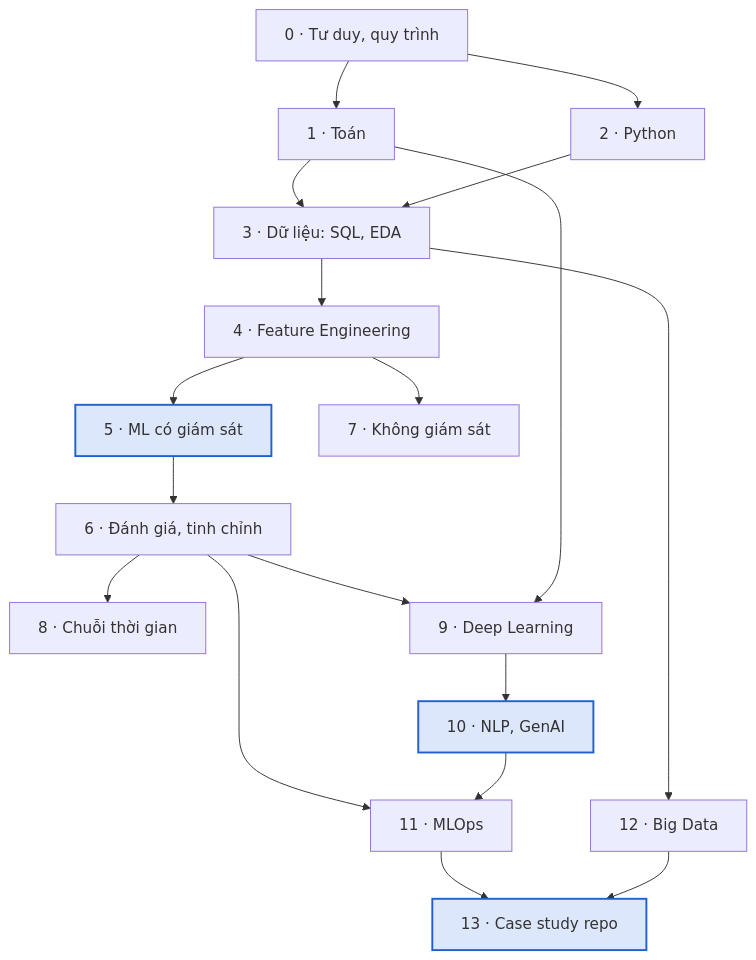
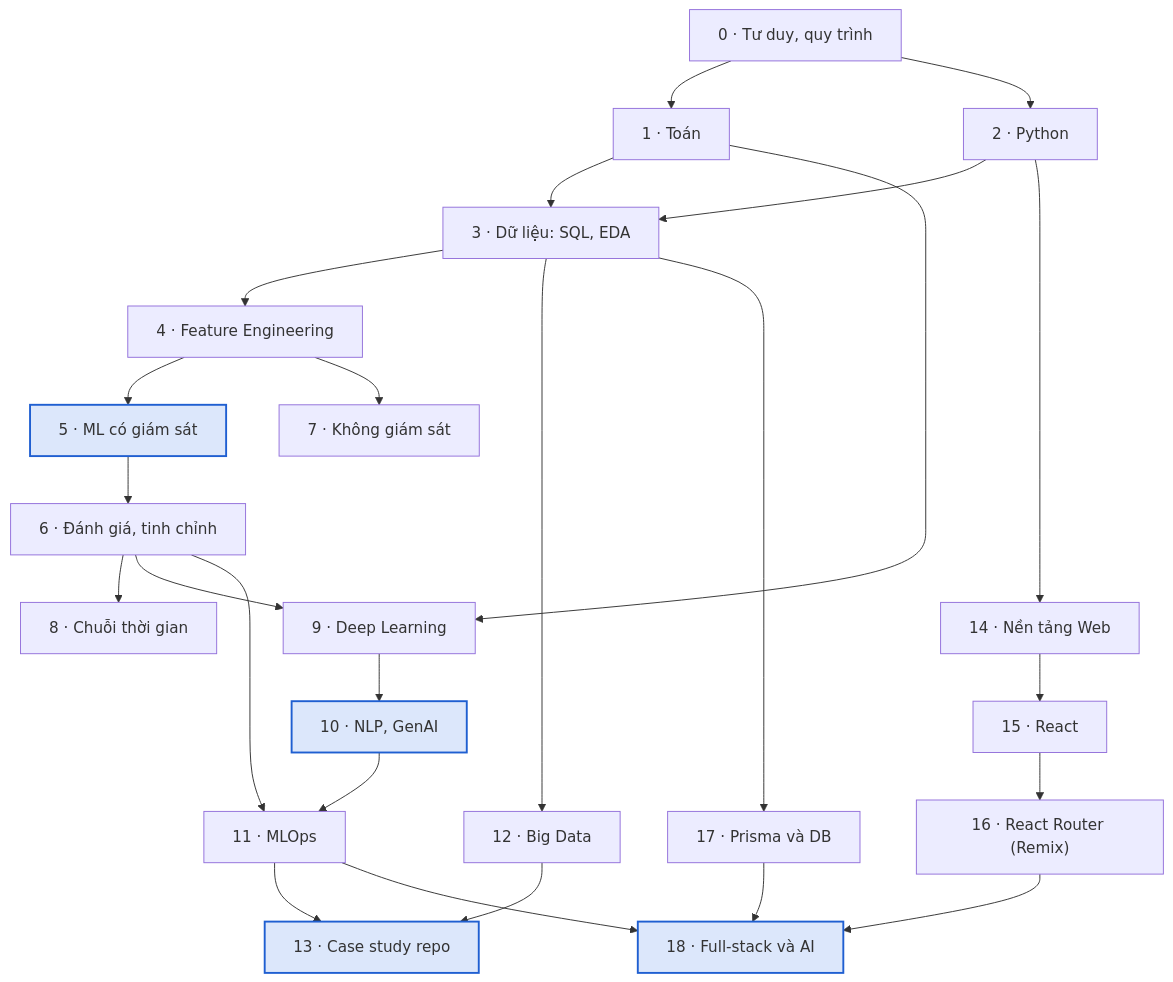
The third of 4 diagrams in roadmap/HUONG-DAN-HOC.md (HTL2910/Full-Stack-Data-Science---Machine-Learning-BootCamp-Course), drawn with Mermaid before and after one commit. The commit also changed other lines of this file and 8 other files, not shown here.

First line of the commit message:
Thêm mảng Full-stack Web: React, Remix / React Router, Prisma

````diff
--- a/roadmap/HUONG-DAN-HOC.md
+++ b/roadmap/HUONG-DAN-HOC.md
@@ -162,21 +180,28 @@
 ```mermaid
 flowchart TD
   S0["0 · Tư duy, quy trình"] --> S1["1 · Toán"]
   S0 --> S2["2 · Python"]
   S1 --> S3["3 · Dữ liệu: SQL, EDA"]
   S2 --> S3
   S3 --> S4["4 · Feature Engineering"]
   S4 --> S5["5 · ML có giám sát"]:::hl
   S5 --> S6["6 · Đánh giá, tinh chỉnh"]
   S4 --> S7["7 · Không giám sát"]
   S6 --> S8["8 · Chuỗi thời gian"]
   S6 --> S9["9 · Deep Learning"]
   S1 --> S9
   S9 --> S10["10 · NLP, GenAI"]:::hl
   S6 --> S11["11 · MLOps"]
   S10 --> S11
   S3 --> S12["12 · Big Data"]
   S11 --> S13["13 · Case study repo"]:::hl
   S12 --> S13
+  S2 --> S14["14 · Nền tảng Web"]
+  S14 --> S15["15 · React"]
+  S15 --> S16["16 · React Router (Remix)"]
+  S3 --> S17["17 · Prisma và DB"]
+  S16 --> S18["18 · Full-stack và AI"]:::hl
+  S17 --> S18
+  S11 --> S18
   classDef hl fill:#DCE7FB,stroke:#1F5FD1,stroke-width:2px
 ```
````
